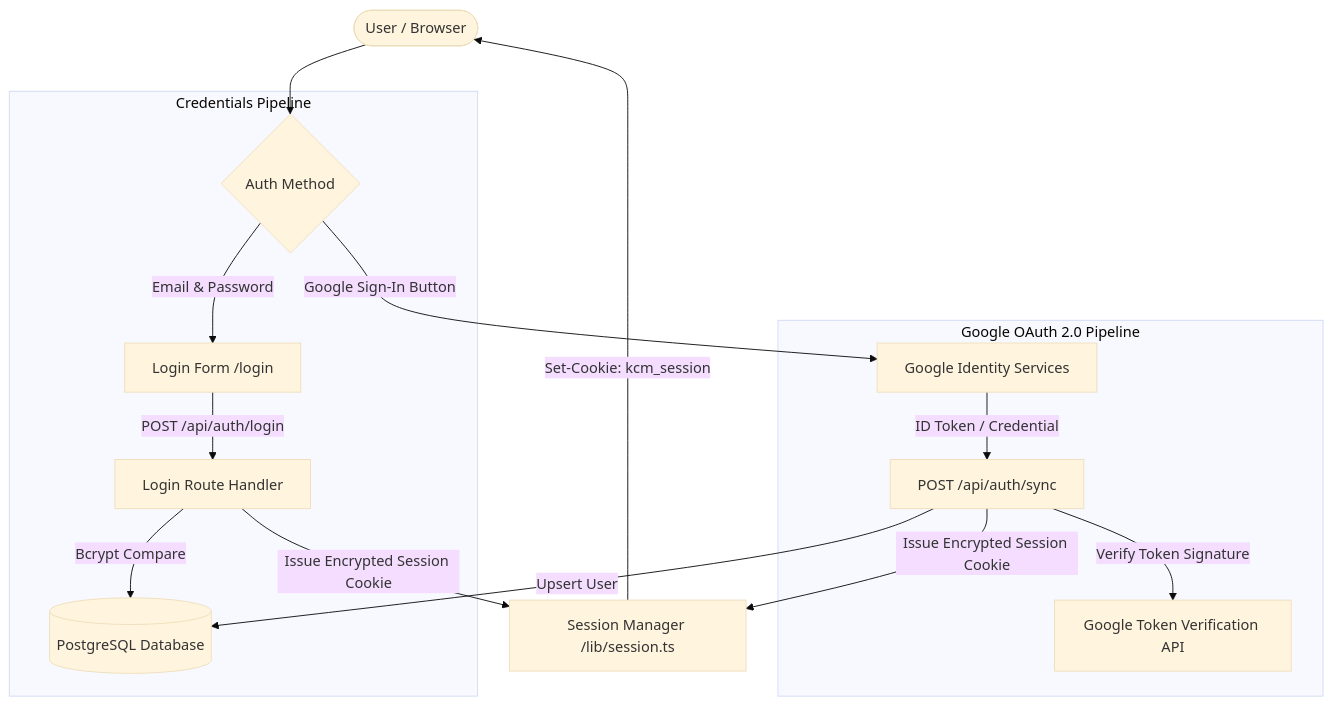
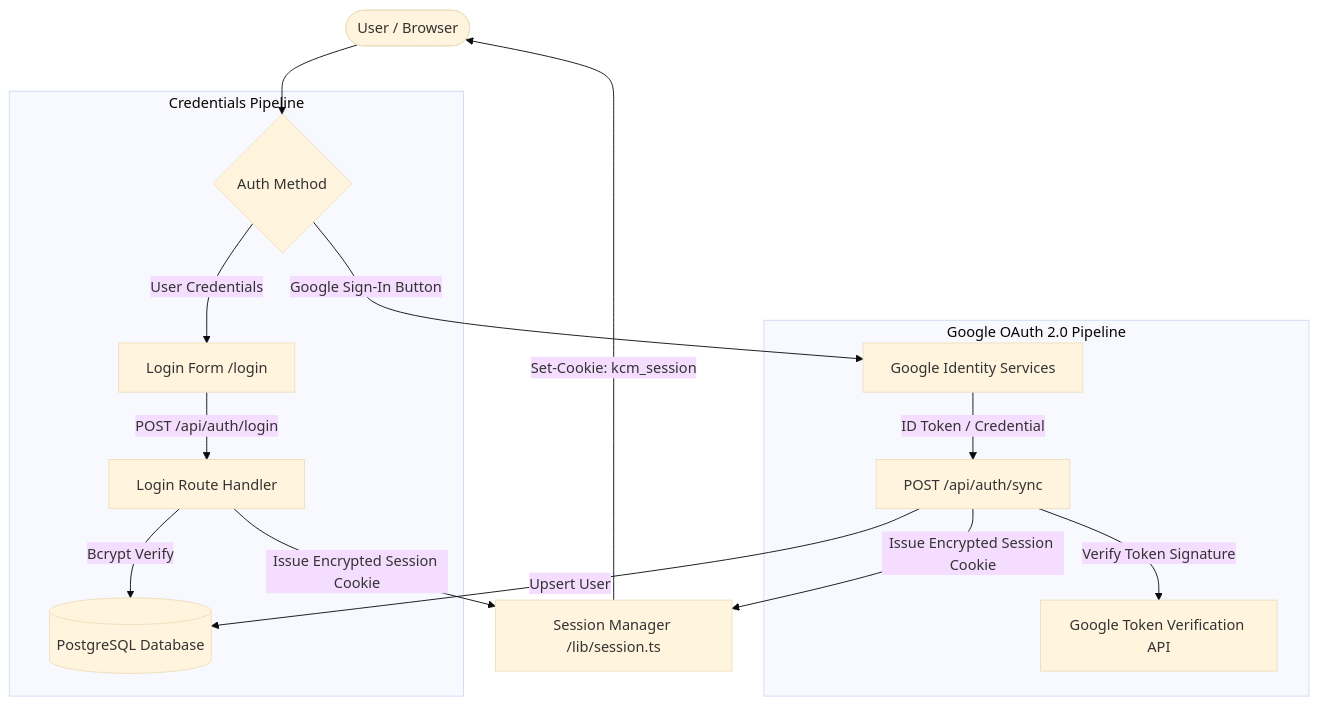
Before and after one commit to bunnyvalluri/church-: the diagram in docs/Authentication.md, drawn with Mermaid (base theme). The commit also changed other lines of this file and 18 other files, not shown here.

Commit message:
docs: sanitize credentials and remove password mentions across documentation

````diff
--- a/docs/Authentication.md
+++ b/docs/Authentication.md
@@ -18,21 +18,21 @@
 ```mermaid
 graph TD
     User([User / Browser]) --> SelectAuth{Auth Method}
     
     subgraph Credentials Pipeline
-        SelectAuth -->|Email & Password| LoginForm[Login Form /login]
+        SelectAuth -->|User Credentials| LoginForm[Login Form /login]
         LoginForm -->|POST /api/auth/login| LoginAPI[Login Route Handler]
-        LoginAPI -->|Bcrypt Compare| DB[(PostgreSQL Database)]
+        LoginAPI -->|Bcrypt Verify| DB[(PostgreSQL Database)]
     end
 
     subgraph Google OAuth 2.0 Pipeline
         SelectAuth -->|Google Sign-In Button| GIS[Google Identity Services]
         GIS -->|ID Token / Credential| SyncAPI[POST /api/auth/sync]
         SyncAPI -->|Verify Token Signature| GoogleCerts[Google Token Verification API]
         SyncAPI -->|Upsert User| DB
     end
 
     LoginAPI -->|Issue Encrypted Session Cookie| SessionManager[Session Manager /lib/session.ts]
     SyncAPI -->|Issue Encrypted Session Cookie| SessionManager
     SessionManager -->|Set-Cookie: kcm_session| User
 ```
````
